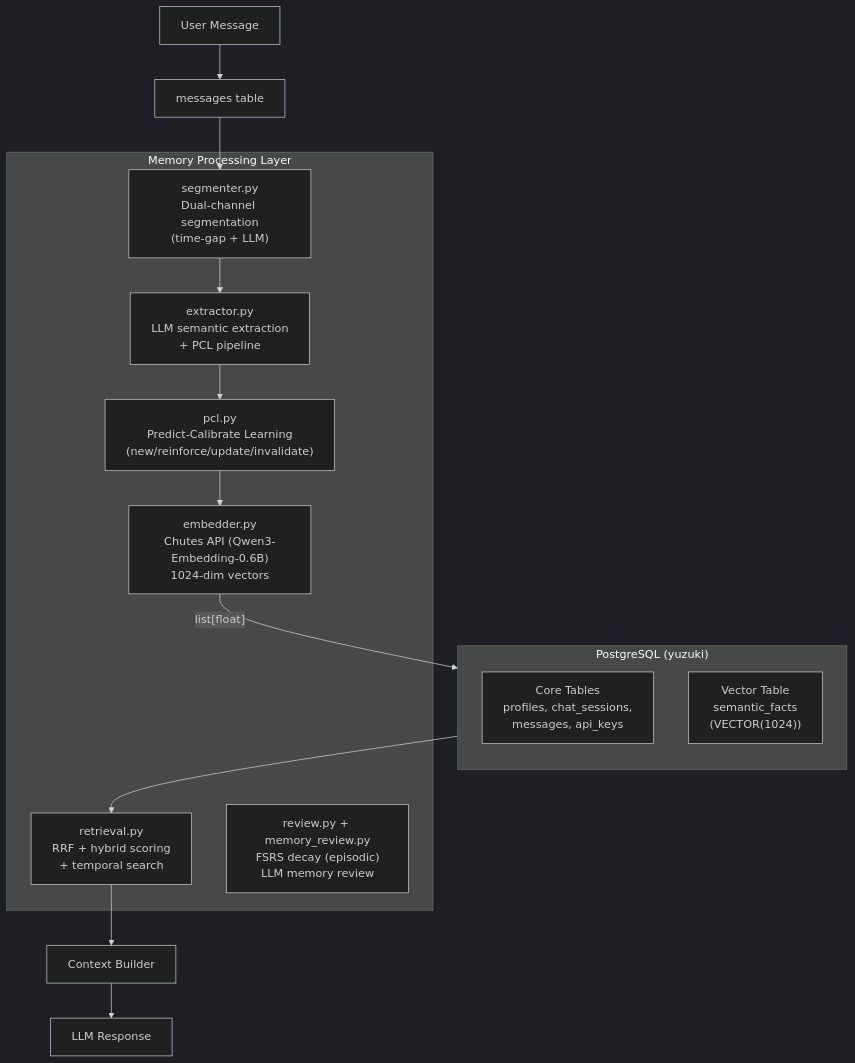
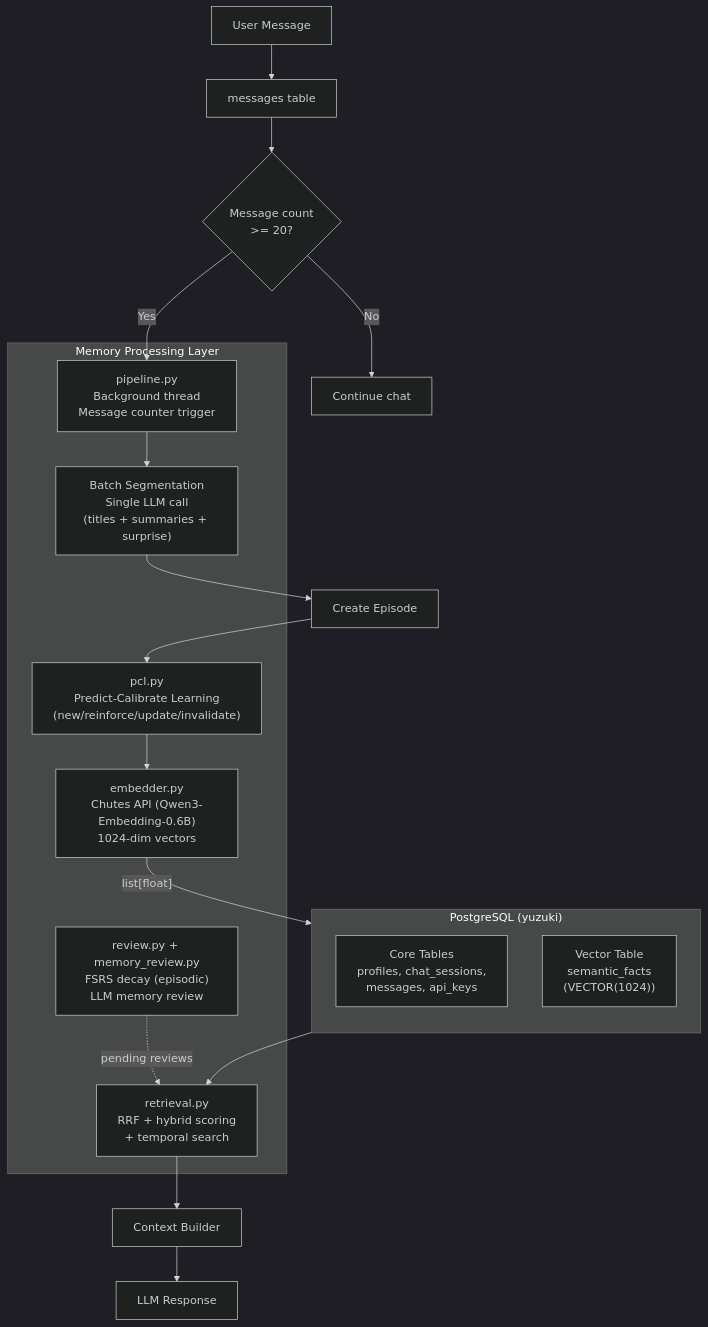
Before and after one commit to icedeyes12/yuzu-companion: the first of 4 diagrams in app/memory/docs/architecture.md, drawn with Mermaid (dark theme). The commit also changed other lines of this file, not shown here.

First line of the commit message:
docs: update architecture.md for new pipeline architecture

````diff
--- a/app/memory/docs/architecture.md
+++ b/app/memory/docs/architecture.md
@@ -11,27 +11,31 @@
 ```mermaid
 flowchart TB
     subgraph PostgreSQL["PostgreSQL (yuzuki)"]
         direction TB
         PG_CORE["Core Tables\nprofiles, chat_sessions,\nmessages, api_keys"]
         PG_VECTOR["Vector Table\nsemantic_facts\n(VECTOR(1024))"]
     end
 
     subgraph MemoryLayer["Memory Processing Layer"]
         EMBED["embedder.py\nChutes API (Qwen3-Embedding-0.6B)\n1024-dim vectors"]
-        SEGMENT["segmenter.py\nDual-channel segmentation\n(time-gap + LLM)"]
-        EXTRACT["extractor.py\nLLM semantic extraction\n+ PCL pipeline"]
+        PIPELINE["pipeline.py\nBackground thread\nMessage counter trigger"]
+        BATCH["Batch Segmentation\nSingle LLM call\n(titles + summaries + surprise)"]
+        PCL["pcl.py\nPredict-Calibrate Learning\n(new/reinforce/update/invalidate)"]
         RETRIEVE["retrieval.py\nRRF + hybrid scoring\n+ temporal search"]
         REVIEW["review.py + memory_review.py\nFSRS decay (episodic)\nLLM memory review"]
-        PCL["pcl.py\nPredict-Calibrate Learning\n(new/reinforce/update/invalidate)"]
     end
 
     USER["User Message"] --> MSG["messages table"]
-    MSG --> SEGMENT
-    SEGMENT --> EXTRACT
-    EXTRACT --> PCL
+    MSG --> COUNTER{"Message count\n>= 20?"}
+    COUNTER -->|Yes| PIPELINE
+    COUNTER -->|No| CONTINUE["Continue chat"]
+    PIPELINE --> BATCH
+    BATCH --> EPISODE["Create Episode"]
+    EPISODE --> PCL
     PCL --> EMBED
     EMBED -->|"list[float]"| PG_VECTOR
     PG_VECTOR --> RETRIEVE
     RETRIEVE --> CONTEXT["Context Builder"]
     CONTEXT --> LLM["LLM Response"]
+    REVIEW -.->|pending reviews| RETRIEVE
 ```
````
